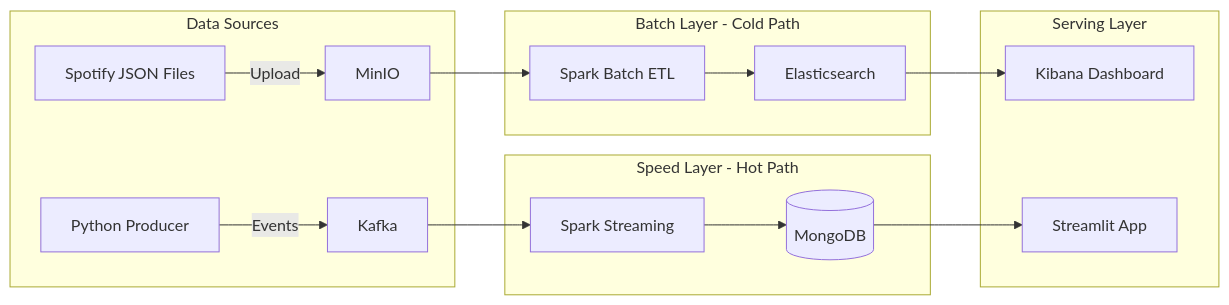
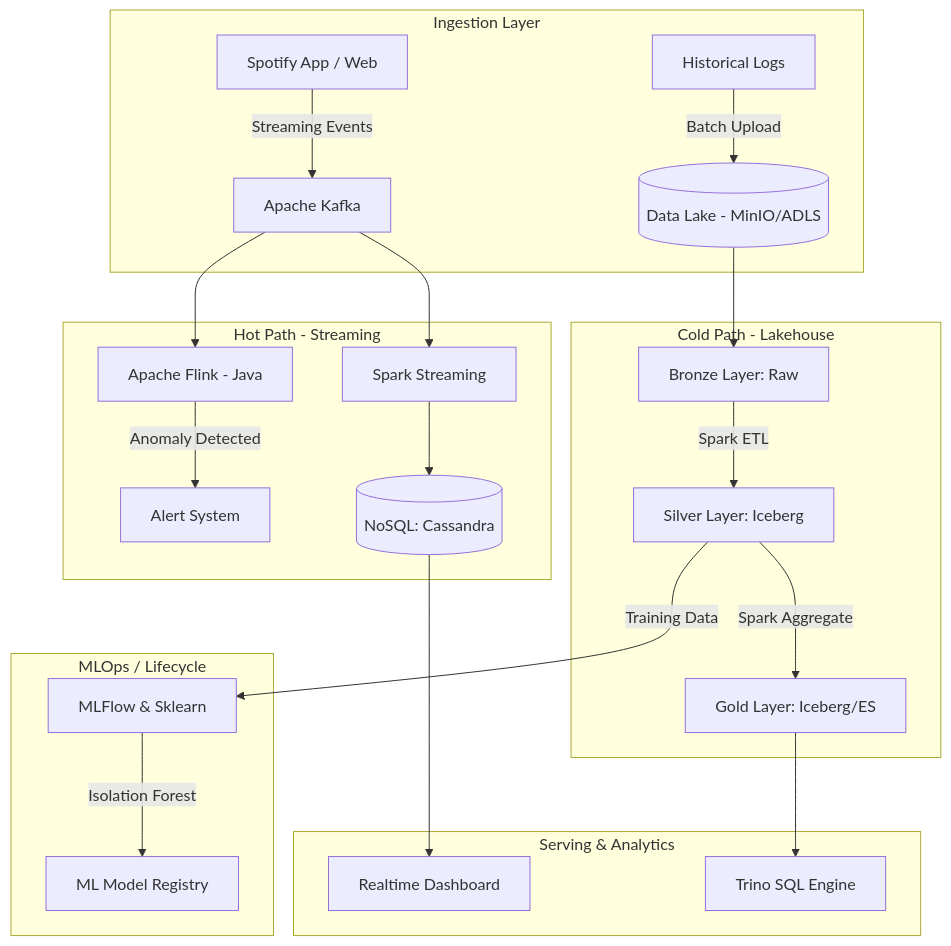
One commit to bigdata-hust-2025-1/spotify-bigdata-pipeline changed the diagram in README.md. Above: the diagram before and after it, drawn with Mermaid. The commit also changed other lines of this file and 1 other file, not shown here.

````diff
--- a/README.md
+++ b/README.md
@@ -38,22 +34,30 @@
 ```mermaid
-graph LR
-    subgraph SOURCES [Data Sources]
-        File[Spotify JSON Files] -->|Upload| MinIO
-        Producer[Python Producer] -->|Events| Kafka
+graph TD
+    subgraph SOURCES [Ingestion Layer]
+        App[Spotify App / Web] -->|Streaming Events| Kafka[Apache Kafka]
+        File[Historical Logs] -->|Batch Upload| MinIO[(Data Lake - MinIO/ADLS)]
     end
 
-    subgraph BATCH [Batch Layer - Cold Path]
-        MinIO --> SparkBatch[Spark Batch ETL]
-        SparkBatch --> ES[Elasticsearch]
+    subgraph STREAMING [Hot Path - Streaming]
+        Kafka --> Flink[Apache Flink - Java]
+        Flink -->|Anomaly Detected| Alert[Alert System]
+        Kafka --> SparkStream[Spark Streaming]
+        SparkStream --> Cassandra[(NoSQL: Cassandra)]
     end
 
-    subgraph STREAM [Speed Layer - Hot Path]
-        Kafka --> SparkStream[Spark Streaming]
-        SparkStream --> Mongo[(MongoDB)]
+    subgraph BATCH [Cold Path - Lakehouse]
+        MinIO --> Bronze[Bronze Layer: Raw]
+        Bronze -->|Spark ETL| Silver[Silver Layer: Iceberg]
+        Silver -->|Spark Aggregate| Gold[Gold Layer: Iceberg/ES]
     end
 
-    subgraph SERVING [Serving Layer]
-        ES --> Kibana[Kibana Dashboard]
-        Mongo --> Streamlit[Streamlit App]
+    subgraph MLOPS [MLOps / Lifecycle]
+        Silver -->|Training Data| ML[MLFlow & Sklearn]
+        ML -->|Isolation Forest| Model[ML Model Registry]
+    end
+
+    subgraph SERVING [Serving & Analytics]
+        Cassandra --> Dashboard[Realtime Dashboard]
+        Gold --> Trino[Trino SQL Engine]
     end
 ```
````
